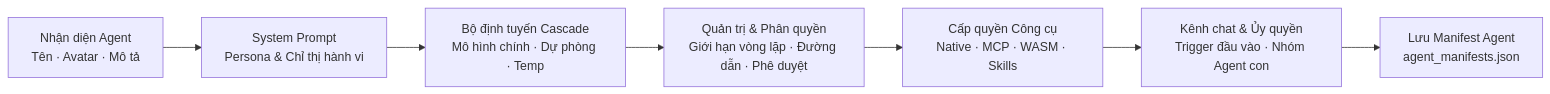
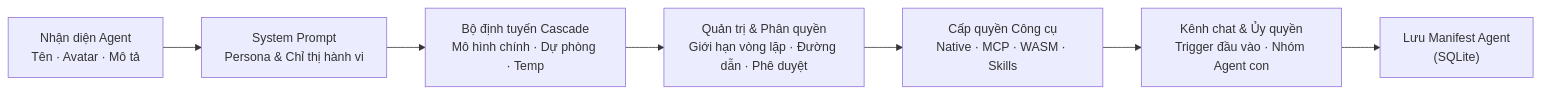
Before and after one commit to actonos/docs: the diagram in i18n/vi/docusaurus-plugin-content-docs/current/user-guide/agent-studio.mdx, drawn with Mermaid. The commit also changed other lines of this file and 47 other files, not shown here.

````diff
--- a/i18n/vi/docusaurus-plugin-content-docs/current/user-guide/agent-studio.mdx
+++ b/i18n/vi/docusaurus-plugin-content-docs/current/user-guide/agent-studio.mdx
@@ -12,9 +12,9 @@
 ```mermaid
 graph LR
     A["Nhận diện Agent<br/>Tên · Avatar · Mô tả"] --> B["System Prompt<br/>Persona & Chỉ thị hành vi"]
     B --> C["Bộ định tuyến Cascade<br/>Mô hình chính · Dự phòng · Temp"]
     C --> D["Quản trị & Phân quyền<br/>Giới hạn vòng lặp · Đường dẫn · Phê duyệt"]
     D --> E["Cấp quyền Công cụ<br/>Native · MCP · WASM · Skills"]
     E --> F["Kênh chat & Ủy quyền<br/>Trigger đầu vào · Nhóm Agent con"]
-    F --> G["Lưu Manifest Agent<br/>agent_manifests.json"]
+    F --> G["Lưu Manifest Agent<br/>(SQLite)"]
 ```
````
